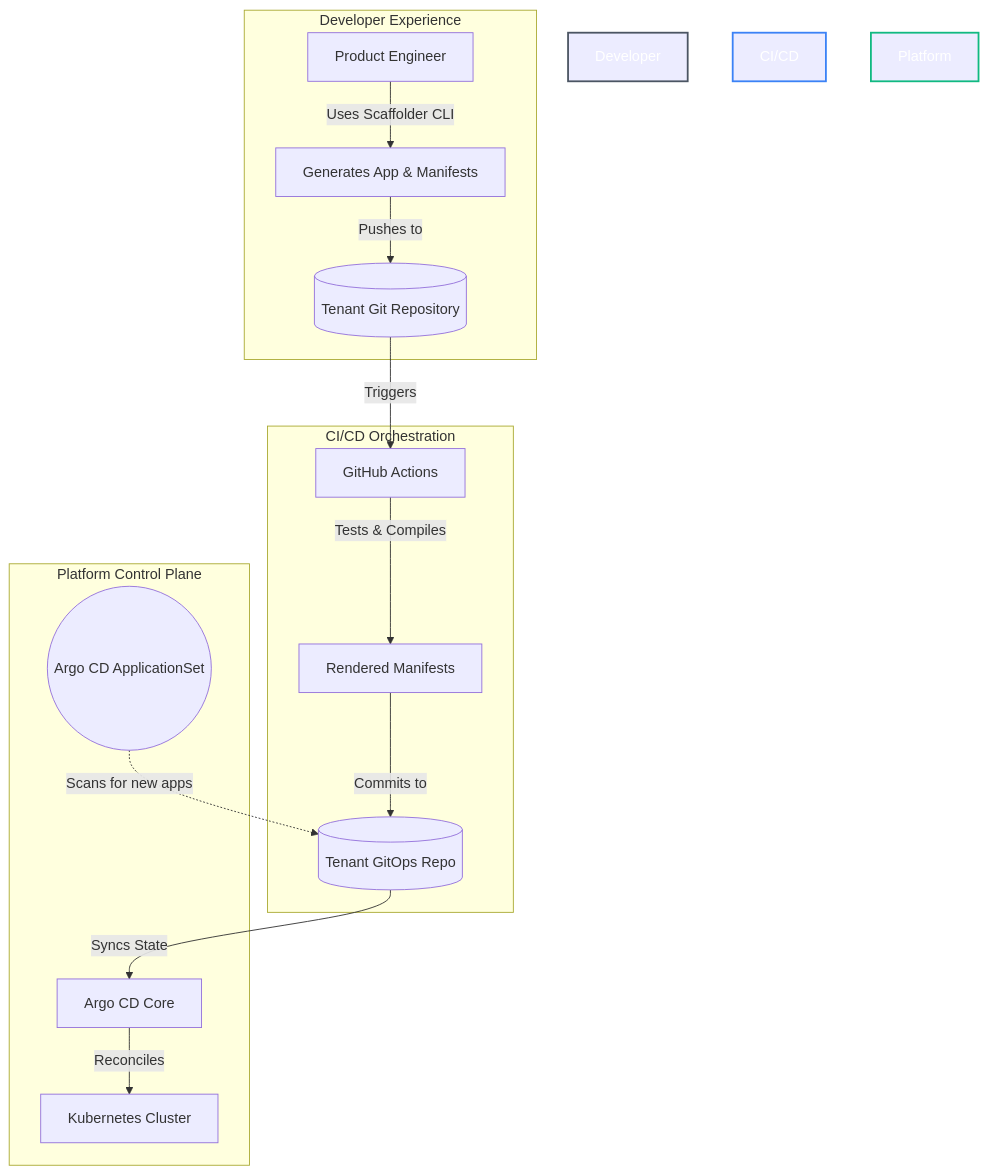
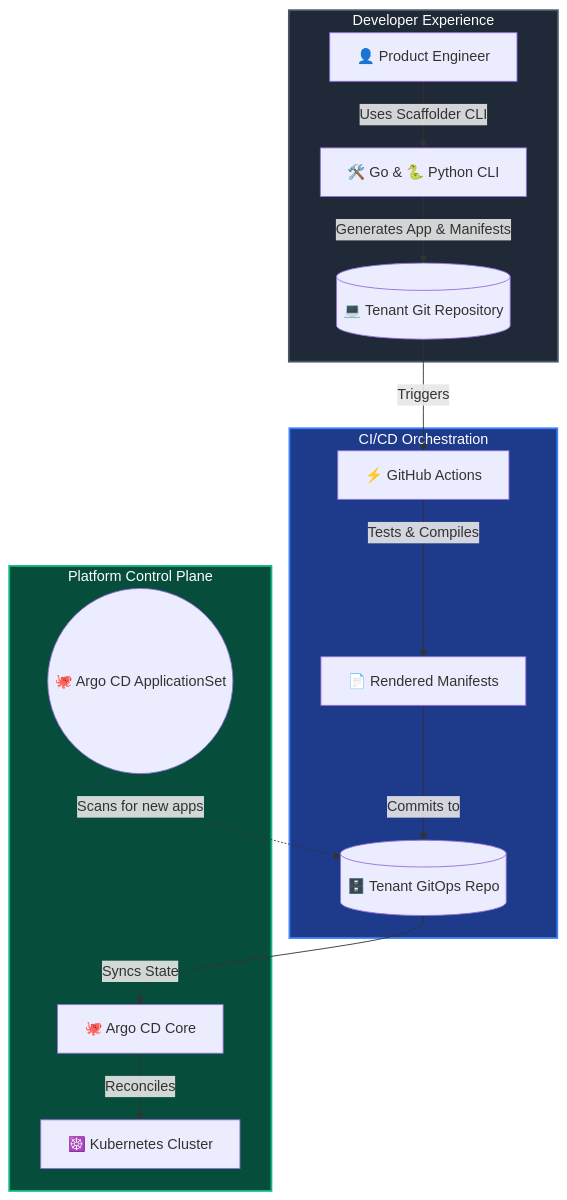
One commit to ok-karthik/internal-developer-platform changed the third of 4 diagrams in README.md. Above: the diagram before and after it, drawn with Mermaid. The commit also changed other lines of this file, not shown here.

Commit message:
docs: fix mermaid styling and update version badge

````diff
--- a/README.md
+++ b/README.md
@@ -245,23 +245,23 @@
 ```mermaid
 graph TD
-    subgraph Developer Experience
-        Dev[Product Engineer] --> |Uses Scaffolder CLI| Code[Generates App & Manifests]
-        Code --> |Pushes to| GitSource[(Tenant Git Repository)]
+    subgraph DevExp [Developer Experience]
+        Dev[👤 Product Engineer] --> |Uses Scaffolder CLI| Code[🛠️ Go & 🐍 Python CLI]
+        Code --> |Generates App & Manifests| GitSource[(💻 Tenant Git Repository)]
     end
 
-    subgraph CI/CD Orchestration
-        GitSource --> |Triggers| GHA[GitHub Actions]
-        GHA --> |Tests & Compiles| Rendered[Rendered Manifests]
-        Rendered --> |Commits to| GitOpsRepo[(Tenant GitOps Repo)]
+    subgraph CICD [CI/CD Orchestration]
+        GitSource --> |Triggers| GHA[⚡ GitHub Actions]
+        GHA --> |Tests & Compiles| Rendered[📄 Rendered Manifests]
+        Rendered --> |Commits to| GitOpsRepo[(🗄️ Tenant GitOps Repo)]
     end
 
-    subgraph Platform Control Plane
-        AppSet((Argo CD ApplicationSet)) -.-> |Scans for new apps| GitOpsRepo
-        GitOpsRepo --> |Syncs State| ArgoCD[Argo CD Core]
-        ArgoCD --> |Reconciles| K8s[Kubernetes Cluster]
+    subgraph Platform [Platform Control Plane]
+        AppSet((🐙 Argo CD ApplicationSet)) -.-> |Scans for new apps| GitOpsRepo
+        GitOpsRepo --> |Syncs State| ArgoCD[🐙 Argo CD Core]
+        ArgoCD --> |Reconciles| K8s[☸️ Kubernetes Cluster]
     end
 
-    style Developer Experience fill:#1f2937,stroke:#4b5563,stroke-width:2px,color:#fff
-    style CI/CD Orchestration fill:#1e3a8a,stroke:#3b82f6,stroke-width:2px,color:#fff
-    style Platform Control Plane fill:#064e3b,stroke:#10b981,stroke-width:2px,color:#fff
+    style DevExp fill:#1f2937,stroke:#4b5563,stroke-width:2px,color:#fff
+    style CICD fill:#1e3a8a,stroke:#3b82f6,stroke-width:2px,color:#fff
+    style Platform fill:#064e3b,stroke:#10b981,stroke-width:2px,color:#fff
 ```
````
